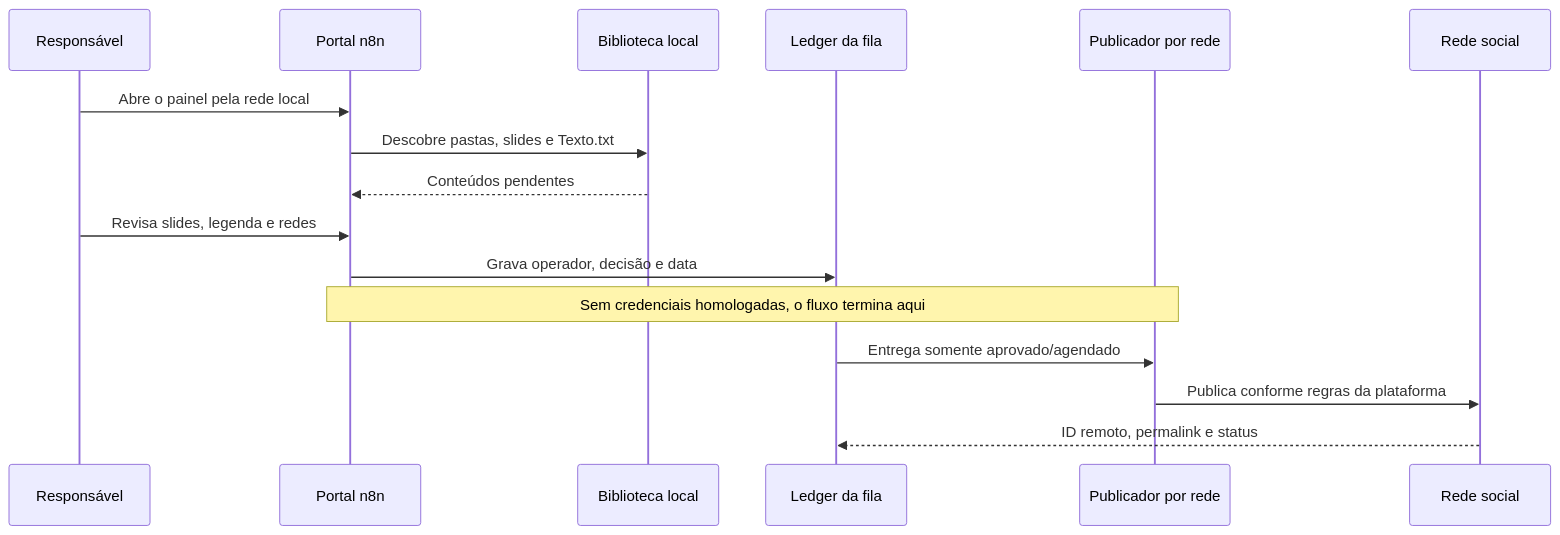
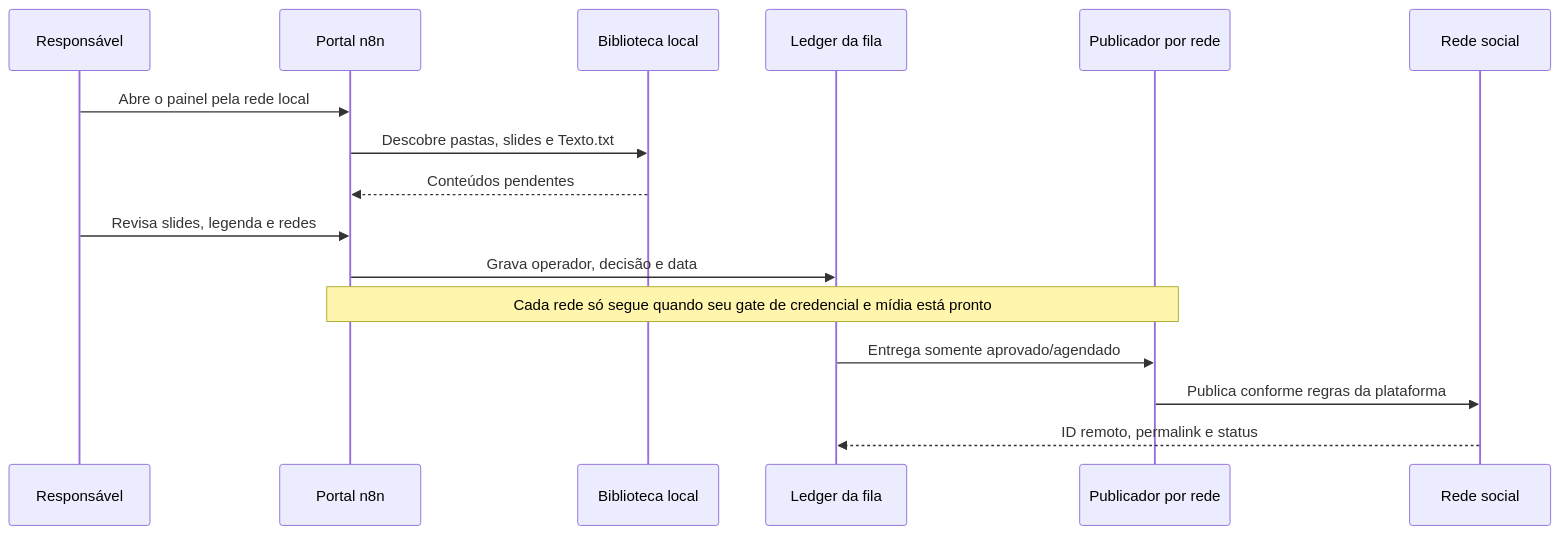
One commit to Mayconxzdev/PostagemRedes changed the diagram in docs/architecture.md. Above: the diagram before and after it, drawn with Mermaid. The commit also changed other lines of this file and 18 other files, not shown here.

````diff
--- a/docs/architecture.md
+++ b/docs/architecture.md
@@ -11,19 +11,19 @@
 ```mermaid
 sequenceDiagram
     participant U as Responsável
     participant P as Portal n8n
     participant L as Biblioteca local
     participant Q as Ledger da fila
     participant R as Publicador por rede
     participant S as Rede social
 
     U->>P: Abre o painel pela rede local
     P->>L: Descobre pastas, slides e Texto.txt
     L-->>P: Conteúdos pendentes
     U->>P: Revisa slides, legenda e redes
     P->>Q: Grava operador, decisão e data
-    Note over P,R: Sem credenciais homologadas, o fluxo termina aqui
+    Note over P,R: Cada rede só segue quando seu gate de credencial e mídia está pronto
     Q->>R: Entrega somente aprovado/agendado
     R->>S: Publica conforme regras da plataforma
     S-->>Q: ID remoto, permalink e status
 ```
````
